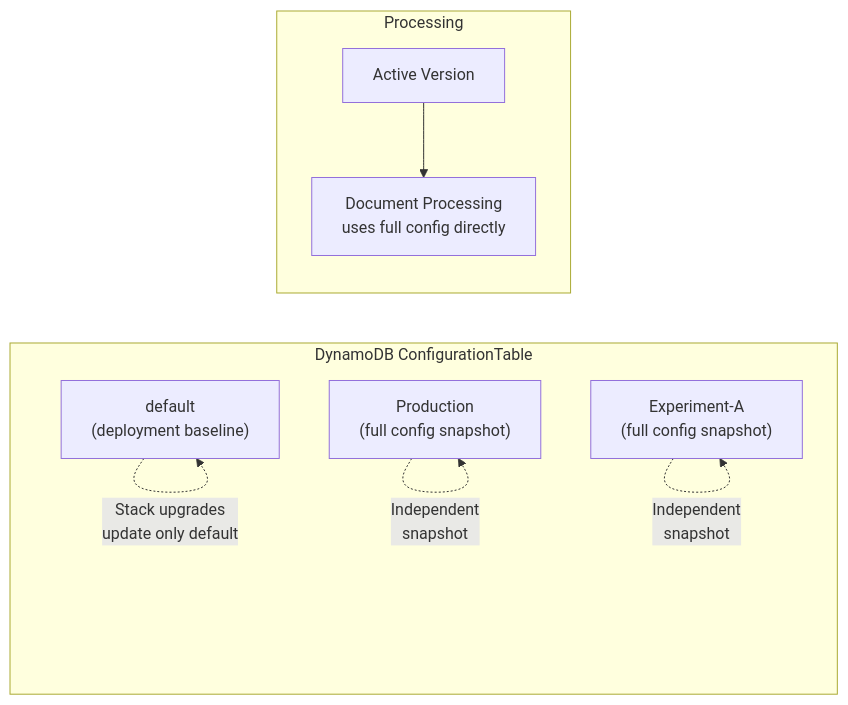
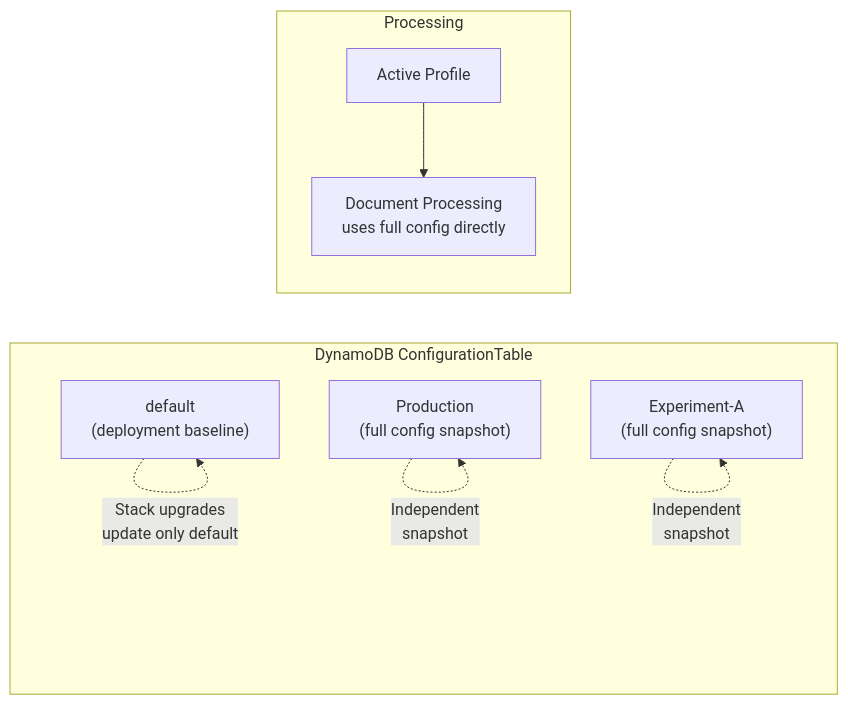
The diagram in docs/configuration-profiles.md (aws-solutions-library-samples/accelerated-intelligent-document-processing-on-aws), drawn with Mermaid before and after one commit. The commit also changed other lines of this file and 1 other file, not shown here.

First line of the commit message:
docs(configuration-profiles): finish the profile and revision vocabulary across the guide

````diff
--- a/docs/configuration-profiles.md
+++ b/docs/configuration-profiles.md
@@ -71,16 +71,16 @@
 ```mermaid
 flowchart LR
     subgraph "DynamoDB ConfigurationTable"
         D["default<br/>(deployment baseline)"]
         V1["Production<br/>(full config snapshot)"]
         V2["Experiment-A<br/>(full config snapshot)"]
     end
 
     subgraph "Processing"
-        ACTIVE["Active Version"] --> RT["Document Processing<br/>uses full config directly"]
+        ACTIVE["Active Profile"] --> RT["Document Processing<br/>uses full config directly"]
     end
 
     D -.->|"Stack upgrades<br/>update only default"| D
     V1 -.->|"Independent<br/>snapshot"| V1
     V2 -.->|"Independent<br/>snapshot"| V2
 ```
````
